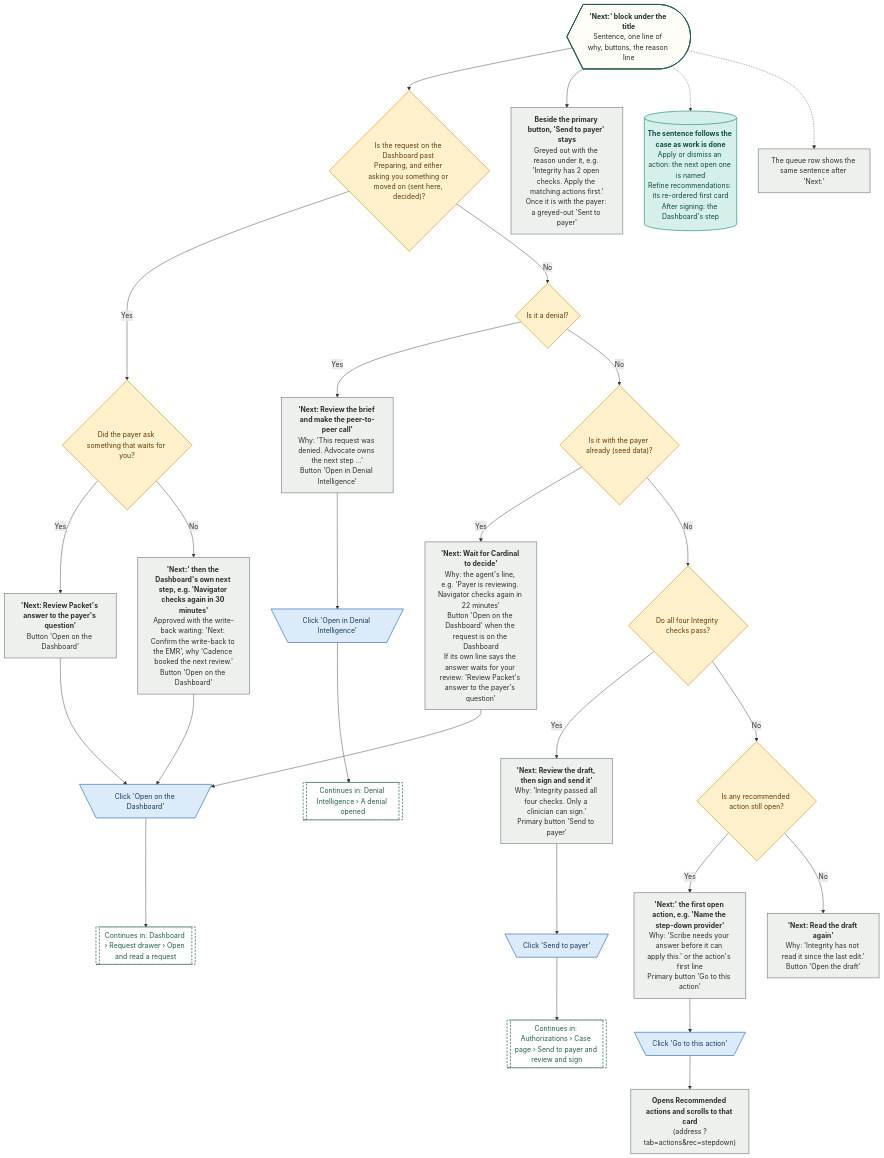
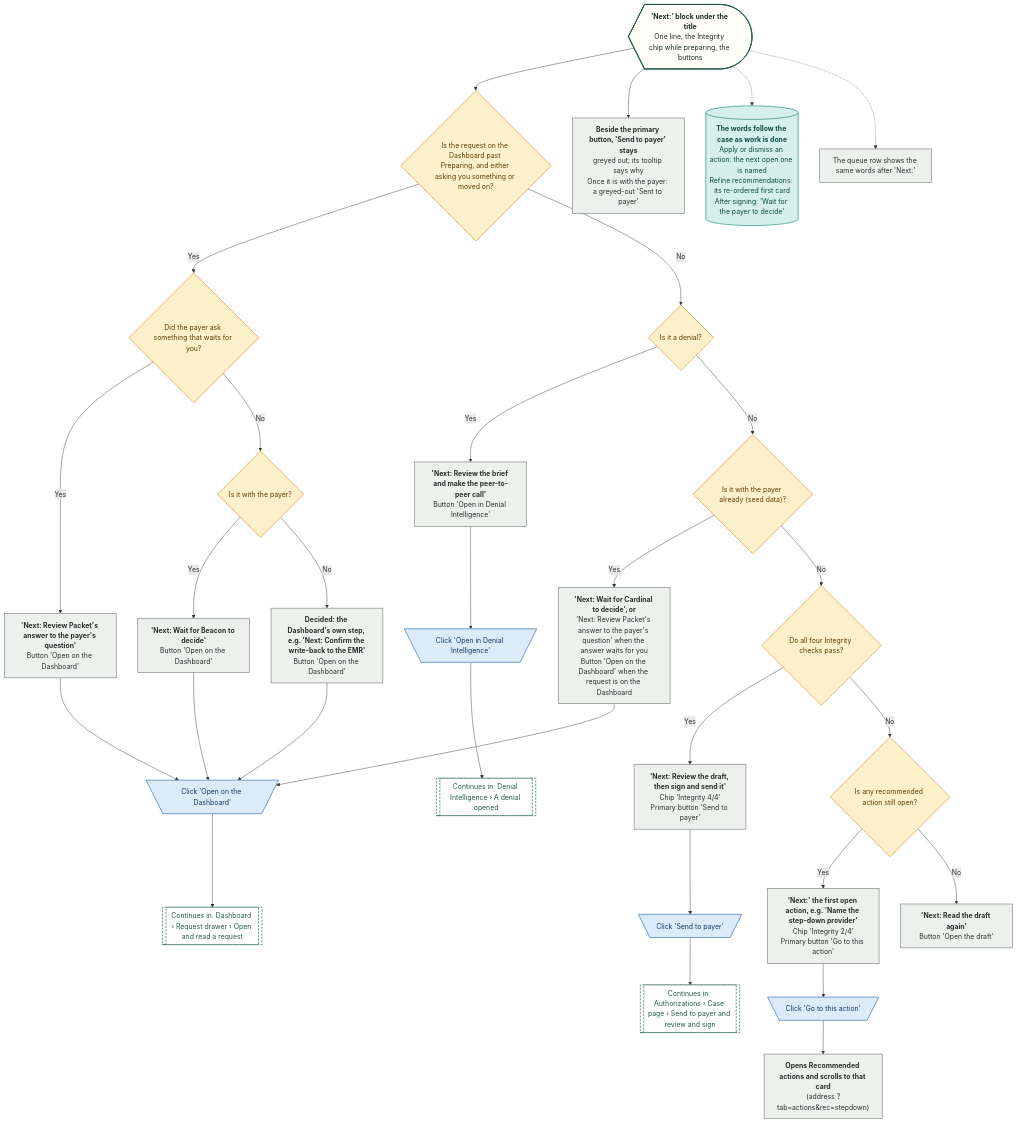
One commit to Shrav143/psyfloapp changed the tenth of 34 diagrams in demos/prior-auth-demo/workflows/out/md/03-authorizations.md. Above: the diagram before and after it, drawn with Mermaid. The commit also changed other lines of this file and 202 other files, not shown here.

First line of the commit message:
docs: round 6 README, CONVENTIONS, spec section 17, diagram module blurbs and 336 rebuilt diagrams

````diff
--- a/demos/prior-auth-demo/workflows/out/md/03-authorizations.md
+++ b/demos/prior-auth-demo/workflows/out/md/03-authorizations.md
@@ -829,67 +829,71 @@
 ```mermaid
 %%{init: {"theme":"base","themeVariables":{"fontFamily":"'DM Sans', 'Segoe UI', system-ui, sans-serif","fontSize":"15px","lineColor":"#5B6B63","primaryTextColor":"#1C2B25","clusterBkg":"#FBF8F3","clusterBorder":"#D9CDBB","edgeLabelBackground":"#FFFFFF"},"flowchart":{"curve":"basis","nodeSpacing":36,"rankSpacing":48,"padding":12,"htmlLabels":true,"useMaxWidth":false,"wrappingWidth":230}} }%%
 flowchart TD
   classDef k_start fill:#1F5C4B,stroke:#174638,color:#FFFFFF,stroke-width:1.5px,font-weight:600
   classDef k_end fill:#DDEFE3,stroke:#2E7D4F,color:#14502F,stroke-width:1.5px,font-weight:600
   classDef k_endx fill:#FBE3E0,stroke:#C0392B,color:#7A1F16,stroke-width:1.5px,font-weight:600
   classDef k_screen fill:#FFFDF8,stroke:#1F5C4B,color:#1C2B25,stroke-width:2px
   classDef k_overlay fill:#F1F7F3,stroke:#1F5C4B,color:#1C2B25,stroke-width:2px,stroke-dasharray:5 3
   classDef k_click fill:#DCEBFA,stroke:#2F6DB5,color:#12365F,stroke-width:1.5px
   classDef k_input fill:#E4E7FF,stroke:#4C5FD5,color:#1D2670,stroke-width:1.5px
   classDef k_process fill:#EEF0EE,stroke:#7A857F,color:#26302B,stroke-width:1.5px
   classDef k_agent fill:#EEE5FA,stroke:#7A4FC2,color:#341A63,stroke-width:1.5px
   classDef k_decision fill:#FFF0CC,stroke:#D9962B,color:#5C3B00,stroke-width:1.5px
   classDef k_store fill:#D5F0EA,stroke:#1C8E7B,color:#0B4A3F,stroke-width:1.5px
   classDef k_doc fill:#F6E9DC,stroke:#B07A4C,color:#4A2E14,stroke-width:1.5px
   classDef k_ext fill:#FFE6D2,stroke:#E07B39,color:#6B2F06,stroke-width:1.5px
   classDef k_wait fill:#E4E8EE,stroke:#6B7C93,color:#26303D,stroke-width:1.5px
   classDef k_toast fill:#FFF9DB,stroke:#C9A400,color:#5A4A00,stroke-width:1.5px
   classDef k_goto fill:#FFFFFF,stroke:#1F5C4B,color:#1F5C4B,stroke-width:1.5px,stroke-dasharray:5 3
-  nb@{ shape: curv-trap, label: "<b>'Next:' block under the title</b><br/>Sentence, one line of why, buttons, the reason line" }
-  d1@{ shape: diam, label: "Is the request on the Dashboard past Preparing, and either asking you something or moved on (sent here, decided)?" }
+  nb@{ shape: curv-trap, label: "<b>'Next:' block under the title</b><br/>One line, the Integrity chip while preparing, the buttons" }
+  d1@{ shape: diam, label: "Is the request on the Dashboard past Preparing, and either asking you something or moved on?" }
   d2@{ shape: diam, label: "Did the payer ask something that waits for you?" }
   n1@{ shape: rect, label: "<b>'Next: Review Packet's answer to the payer's question'</b><br/>Button 'Open on the Dashboard'" }
-  n2@{ shape: rect, label: "<b>'Next:' then the Dashboard's own next step, e.g. 'Navigator checks again in 30 minutes'</b><br/>Approved with the write-back waiting: 'Next: Confirm the write-back to the EMR', why 'Cadence booked the next review.'<br/>Button 'Open on the Dashboard'" }
+  dw@{ shape: diam, label: "Is it with the payer?" }
+  nw@{ shape: rect, label: "<b>'Next: Wait for Beacon to decide'</b><br/>Button 'Open on the Dashboard'" }
+  n2@{ shape: rect, label: "<b>Decided: the Dashboard's own step, e.g. 'Next: Confirm the write-back to the EMR'</b><br/>Button 'Open on the Dashboard'" }
   d3@{ shape: diam, label: "Is it a denial?" }
-  n3@{ shape: rect, label: "<b>'Next: Review the brief and make the peer-to-peer call'</b><br/>Why: 'This request was denied. Advocate owns the next step ...'<br/>Button 'Open in Denial Intelligence'" }
+  n3@{ shape: rect, label: "<b>'Next: Review the brief and make the peer-to-peer call'</b><br/>Button 'Open in Denial Intelligence'" }
   d4@{ shape: diam, label: "Is it with the payer already (seed data)?" }
-  n4@{ shape: rect, label: "<b>'Next: Wait for Cardinal to decide'</b><br/>Why: the agent's line, e.g. 'Payer is reviewing. Navigator checks again in 22 minutes'<br/>Button 'Open on the Dashboard' when the request is on the Dashboard<br/>If its own line says the answer waits for your review: 'Review Packet's answer to the payer's question'" }
+  n4@{ shape: rect, label: "<b>'Next: Wait for Cardinal to decide', or</b><br/>'Next: Review Packet's answer to the payer's question' when the answer waits for you<br/>Button 'Open on the Dashboard' when the request is on the Dashboard" }
   d5@{ shape: diam, label: "Do all four Integrity checks pass?" }
-  n5@{ shape: rect, label: "<b>'Next: Review the draft, then sign and send it'</b><br/>Why: 'Integrity passed all four checks. Only a clinician can sign.'<br/>Primary button 'Send to payer'" }
+  n5@{ shape: rect, label: "<b>'Next: Review the draft, then sign and send it'</b><br/>Chip 'Integrity 4/4'<br/>Primary button 'Send to payer'" }
   d6@{ shape: diam, label: "Is any recommended action still open?" }
-  n6@{ shape: rect, label: "<b>'Next:' the first open action, e.g. 'Name the step-down provider'</b><br/>Why: 'Scribe needs your answer before it can apply this.' or the action's first line<br/>Primary button 'Go to this action'" }
-  n7@{ shape: rect, label: "<b>'Next: Read the draft again'</b><br/>Why: 'Integrity has not read it since the last edit.'<br/>Button 'Open the draft'" }
-  sg@{ shape: rect, label: "<b>Beside the primary button, 'Send to payer' stays</b><br/>Greyed out with the reason under it, e.g. 'Integrity has 2 open checks. Apply the matching actions first.'<br/>Once it is with the payer: a greyed-out 'Sent to payer'" }
+  n6@{ shape: rect, label: "<b>'Next:' the first open action, e.g. 'Name the step-down provider'</b><br/>Chip 'Integrity 2/4'<br/>Primary button 'Go to this action'" }
+  n7@{ shape: rect, label: "<b>'Next: Read the draft again'</b><br/>Button 'Open the draft'" }
+  sg@{ shape: rect, label: "<b>Beside the primary button, 'Send to payer' stays</b><br/>greyed out; its tooltip says why<br/>Once it is with the payer: a greyed-out 'Sent to payer'" }
   c1@{ shape: trap-t, label: "Click 'Go to this action'" }
   t1@{ shape: rect, label: "<b>Opens Recommended actions and scrolls to that card</b><br/>(address ?tab=actions&rec=stepdown)" }
   c2@{ shape: trap-t, label: "Click 'Send to payer'" }
   g2@{ shape: subproc, label: "Continues in: Authorizations › Case page › Send to payer and review and sign" }
   c3@{ shape: trap-t, label: "Click 'Open on the Dashboard'" }
   g3@{ shape: subproc, label: "Continues in: Dashboard › Request drawer › Open and read a request" }
   c4@{ shape: trap-t, label: "Click 'Open in Denial Intelligence'" }
   g4@{ shape: subproc, label: "Continues in: Denial Intelligence › A denial opened" }
-  fl@{ shape: cyl, label: "<b>The sentence follows the case as work is done</b><br/>Apply or dismiss an action: the next open one is named<br/>Refine recommendations: its re-ordered first card<br/>After signing: the Dashboard's step" }
-  q@{ shape: rect, label: "The queue row shows the same sentence after 'Next:'" }
+  fl@{ shape: cyl, label: "<b>The words follow the case as work is done</b><br/>Apply or dismiss an action: the next open one is named<br/>Refine recommendations: its re-ordered first card<br/>After signing: 'Wait for the payer to decide'" }
+  q@{ shape: rect, label: "The queue row shows the same words after 'Next:'" }
   nb --> d1
   d1 -->|"Yes"| d2
   d2 -->|"Yes"| n1 --> c3
-  d2 -->|"No"| n2 --> c3
+  d2 -->|"No"| dw
+  dw -->|"Yes"| nw --> c3
+  dw -->|"No"| n2 --> c3
   d1 -->|"No"| d3
   d3 -->|"Yes"| n3 --> c4 --> g4
   d3 -->|"No"| d4
   d4 -->|"Yes"| n4 --> c3 --> g3
   d4 -->|"No"| d5
   d5 -->|"Yes"| n5 --> c2 --> g2
   d5 -->|"No"| d6
   d6 -->|"Yes"| n6 --> c1 --> t1
   d6 -->|"No"| n7
   nb --> sg
   nb -.-> fl
   nb -.-> q
   class nb k_screen
-  class d1,d2,d3,d4,d5,d6 k_decision
-  class n1,n2,n3,n4,n5,n6,n7,sg,t1,q k_process
+  class d1,d2,dw,d3,d4,d5,d6 k_decision
+  class n1,nw,n2,n3,n4,n5,n6,n7,sg,t1,q k_process
   class c1,c2,c3,c4 k_click
   class g2,g3,g4 k_goto
   class fl k_store
 ```
````
